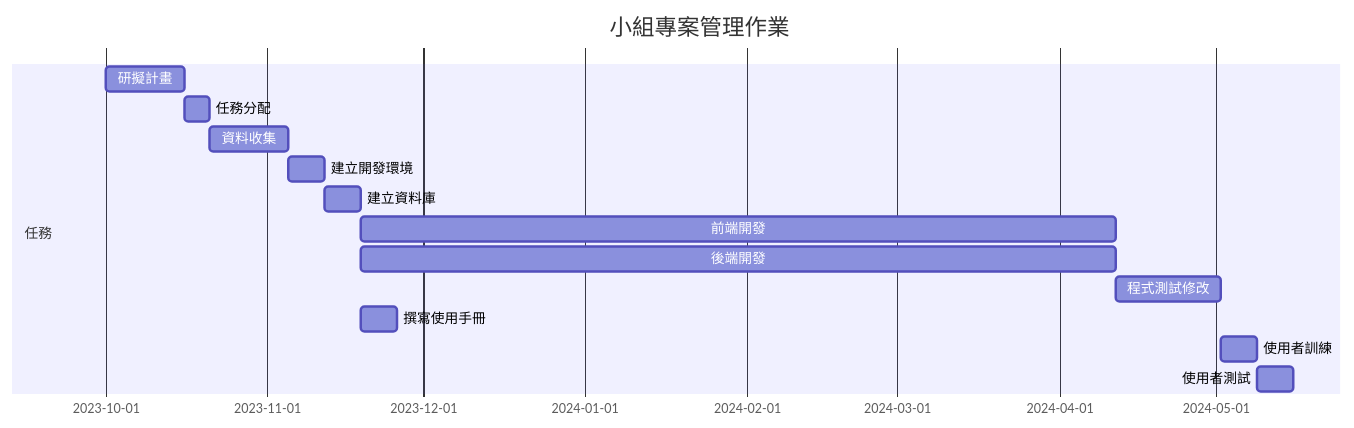
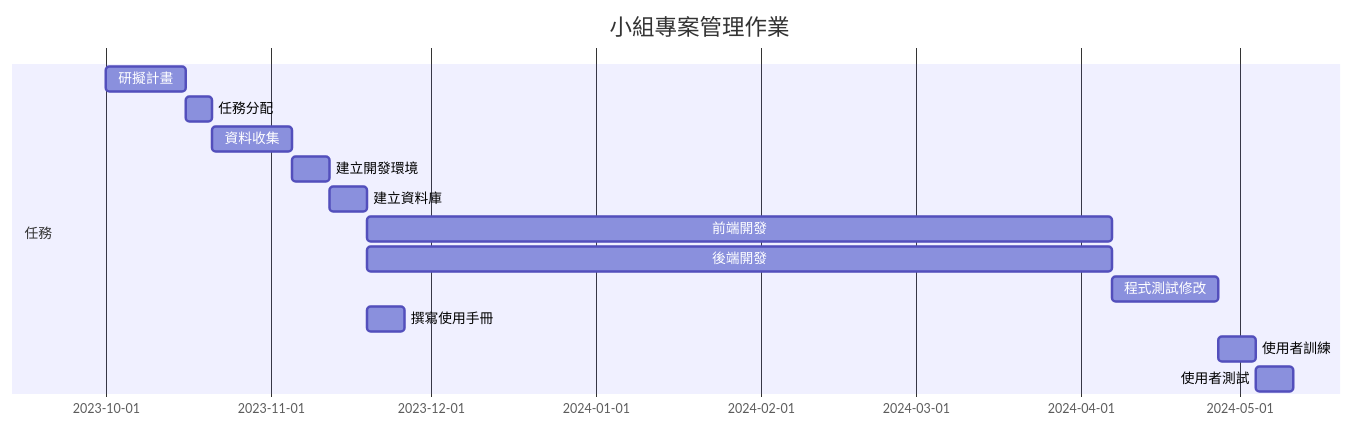
One commit to Xuan730/T5 changed the diagram in group-hw2.md. Above: the diagram before and after it, drawn with Mermaid.

````diff
--- a/group-hw2.md
+++ b/group-hw2.md
@@ -7,17 +7,17 @@
 ```mermaid
 gantt
     title 小組專案管理作業
 
     section 任務
     研擬計畫 :a1, 2023-10-01, 15d
     任務分配 :a2, after a1, 5d
     資料收集 :a3, after a2 , 15d
     建立開發環境 :a4, after a3, 7d
     建立資料庫 :a5, after a4, 7d
-    前端開發:a6,after a5, 145d
-    後端開發:a7, after a5, 145d
+    前端開發:a6,after a5, 140d
+    後端開發:a7, after a5, 140d
     程式測試修改 :a8, after a6、a7, 20d
     撰寫使用手冊 :a9, after a5, 7d
     使用者訓練 :a10, after a8, 7d
     使用者測試 : a11, after a10, 7d
 ```
````
